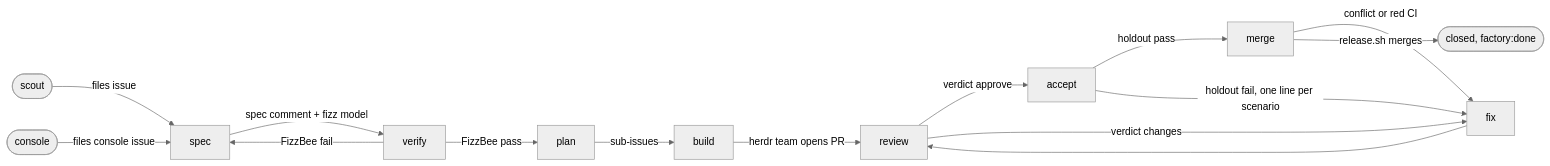
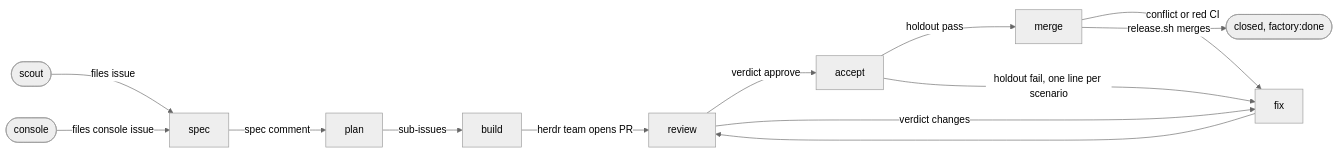
The diagram in docs/factory.md (GuitarWag/gcp-local), drawn with Mermaid (neutral theme) before and after one commit. The commit also changed other lines of this file and 11 other files, not shown here.

First line of the commit message:
feat(factory): remove the FizzBee verify stage

````diff
--- a/docs/factory.md
+++ b/docs/factory.md
@@ -15,17 +15,15 @@
 ```mermaid
 flowchart LR
   scout([scout]) -->|files issue| spec
   console([console]) -->|files console issue| spec
-  spec -->|spec comment + fizz model| verify
-  verify -->|FizzBee pass| plan
-  verify -->|FizzBee fail| spec
+  spec -->|spec comment| plan
   plan -->|sub-issues| build
   build -->|herdr team opens PR| review
   review -->|verdict approve| accept
   accept -->|holdout pass| merge
   accept -->|holdout fail, one line per scenario| fix
   review -->|verdict changes| fix
   fix --> review
   merge -->|conflict or red CI| fix
   merge -->|release.sh merges| done([closed, factory:done])
 ```
````
